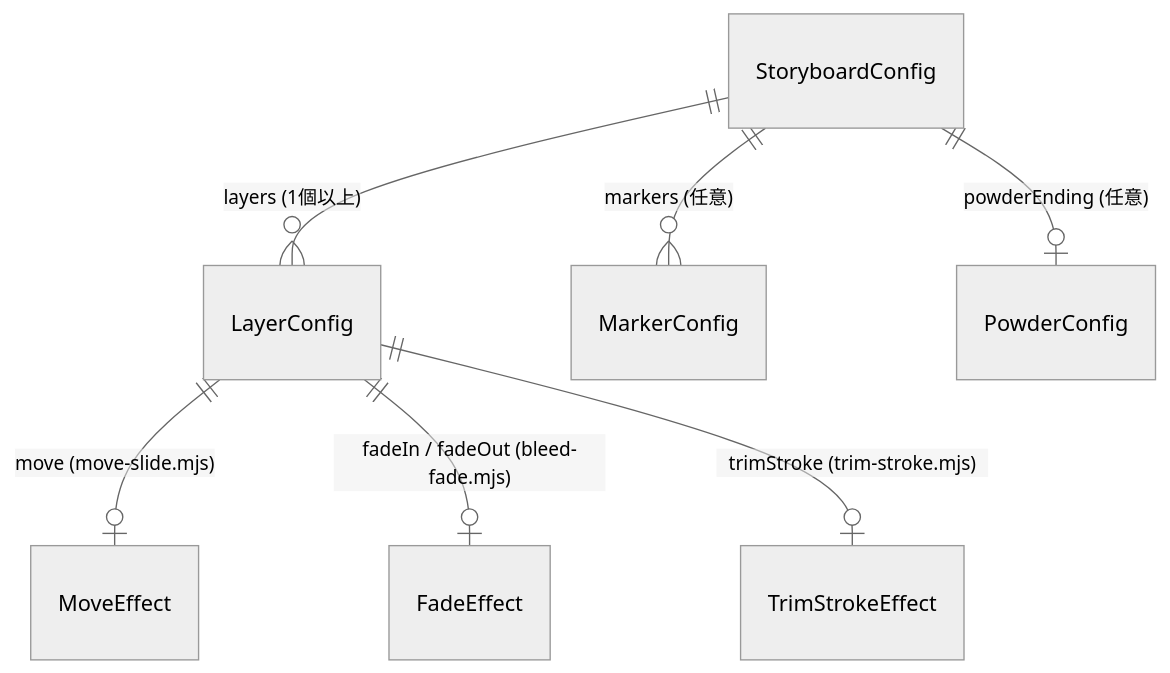
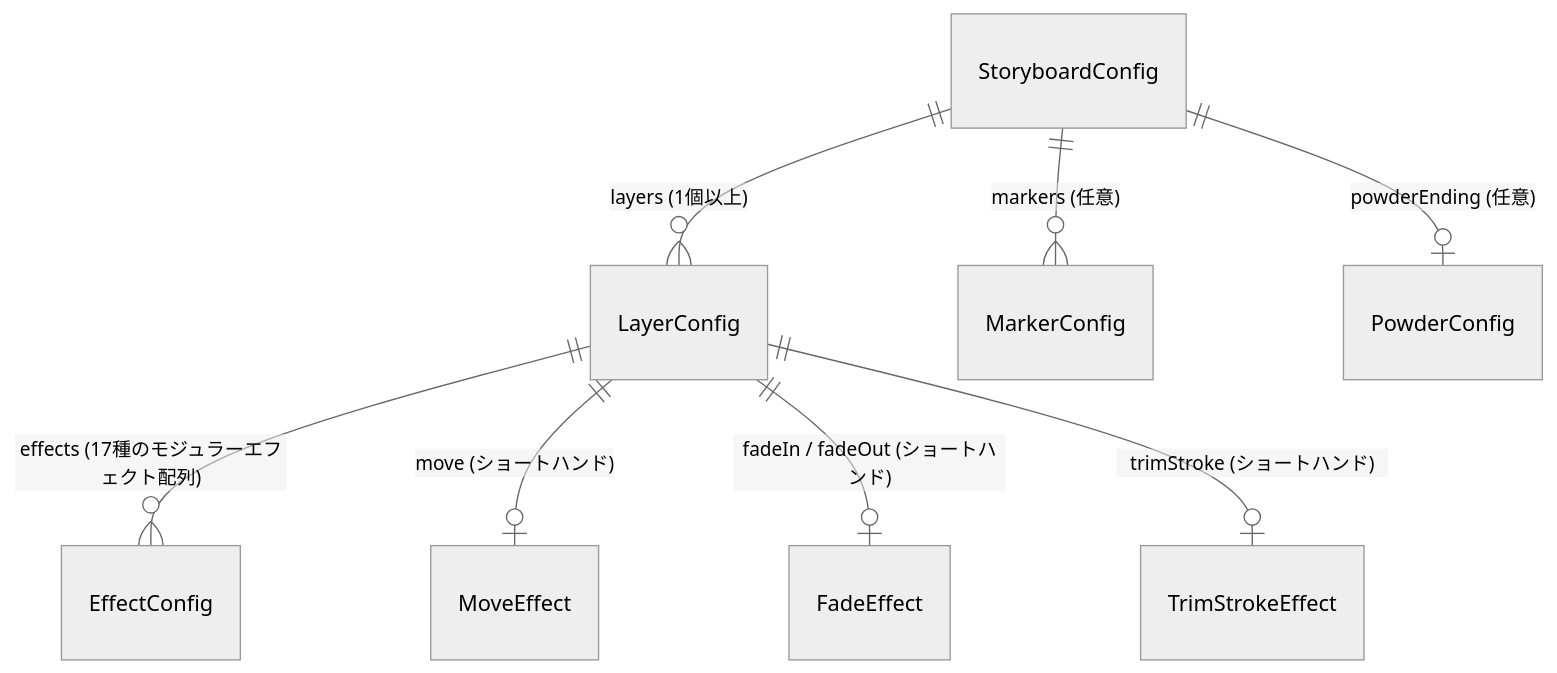
The second of 2 diagrams in docs/data-model.md (EijiKobayashi/svg2lottie-cli), drawn with Mermaid (neutral theme) before and after one commit. The commit also changed other lines of this file and 7 other files, not shown here.

````diff
--- a/docs/data-model.md
+++ b/docs/data-model.md
@@ -64,9 +64,10 @@
 ```mermaid
 erDiagram
   StoryboardConfig ||--o{ LayerConfig : "layers (1個以上)"
   StoryboardConfig ||--o{ MarkerConfig : "markers (任意)"
   StoryboardConfig ||--o| PowderConfig : "powderEnding (任意)"
-  LayerConfig ||--o| MoveEffect : "move (move-slide.mjs)"
-  LayerConfig ||--o| FadeEffect : "fadeIn / fadeOut (bleed-fade.mjs)"
-  LayerConfig ||--o| TrimStrokeEffect : "trimStroke (trim-stroke.mjs)"
+  LayerConfig ||--o{ EffectConfig : "effects (17種のモジュラーエフェクト配列)"
+  LayerConfig ||--o| MoveEffect : "move (ショートハンド)"
+  LayerConfig ||--o| FadeEffect : "fadeIn / fadeOut (ショートハンド)"
+  LayerConfig ||--o| TrimStrokeEffect : "trimStroke (ショートハンド)"
 ```
````
